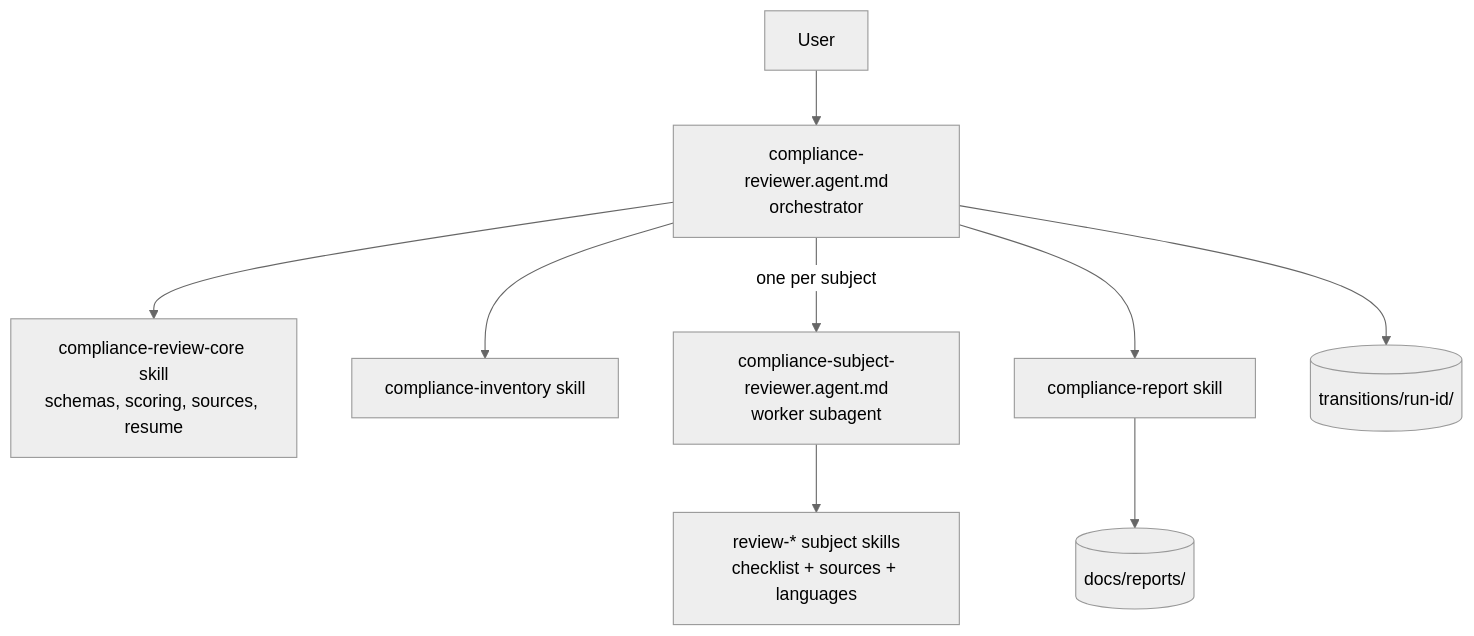
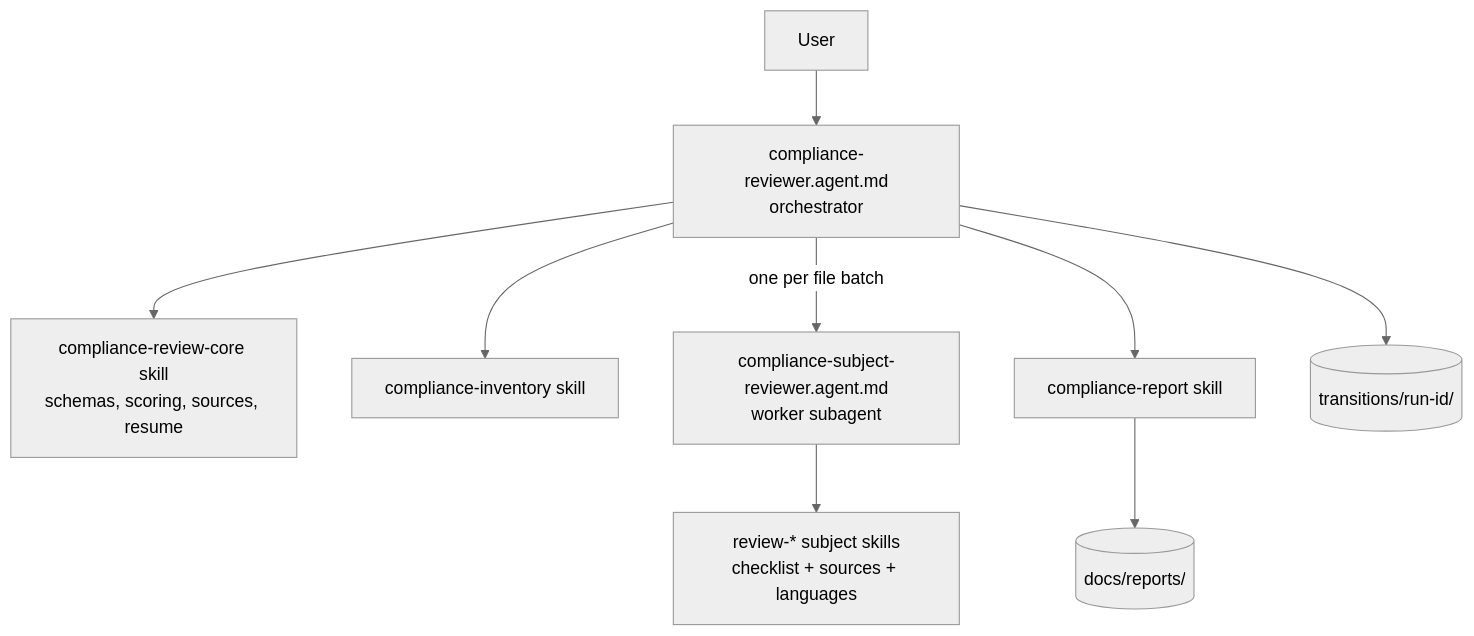
One commit to MikeLooper/AIAssistants changed the diagram in compliance-reviewer_agent-only/README.md. Above: the diagram before and after it, drawn with Mermaid (neutral theme). The commit also changed other lines of this file and 46 other files, not shown here.

Commit message:
Updated compliance-reviewer (agent-only) to improve results and lower number of credits required to execute the process.

````diff
--- a/compliance-reviewer_agent-only/README.md
+++ b/compliance-reviewer_agent-only/README.md
@@ -9,11 +9,11 @@
 ```mermaid
 flowchart TD
     U[User] --> O[compliance-reviewer.agent.md<br/>orchestrator]
     O --> C[compliance-review-core skill<br/>schemas, scoring, sources, resume]
     O --> I[compliance-inventory skill]
-    O -->|one per subject| W[compliance-subject-reviewer.agent.md<br/>worker subagent]
+    O -->|one per file batch| W[compliance-subject-reviewer.agent.md<br/>worker subagent]
     W --> S[review-* subject skills<br/>checklist + sources + languages]
     O --> R[compliance-report skill]
     O --> T[(transitions/run-id/)]
     R --> D[(docs/reports/)]
 ```
````
